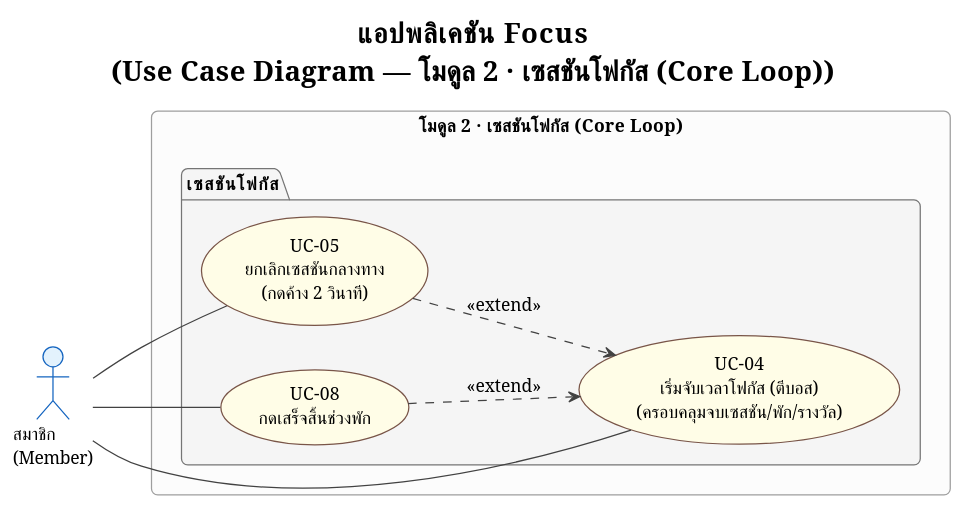
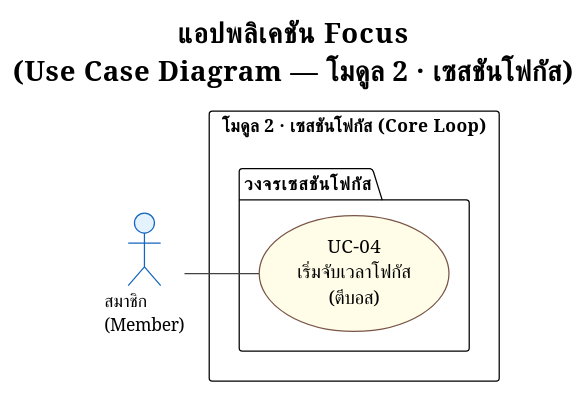
The diagram in proposal/usecase/usecase_module2.puml (popotaroman-cloud/dssiprj-pad), drawn with PlantUML before and after one commit. The commit also changed other lines of this file and 23 other files, not shown here.

Commit message:
แก้ usecase_description,usecase_activity,usecase_diagram,usecase_description,ui_state_diadgram

```diff
--- a/proposal/usecase/usecase_module2.puml
+++ b/proposal/usecase/usecase_module2.puml
@@ -5,47 +2,32 @@
 @startuml usecase_module2
 !theme plain
 skinparam defaultFontName TH Sarabun New
 skinparam defaultFontSize 14
-skinparam roundcorner 10
 
 skinparam usecase {
   BackgroundColor #FFFDE7
   BorderColor #795548
+  FontName TH Sarabun New
+  FontSize 15
 }
 skinparam actor {
   BackgroundColor #E3F2FD
   BorderColor #1565C0
 }
-skinparam package {
-  BackgroundColor #F5F5F5
-  BorderColor #757575
-  FontStyle bold
-}
-skinparam rectangle {
-  BackgroundColor #FCFCFC
-  BorderColor #9E9E9E
-}
 skinparam ArrowColor #424242
 
-title <b>แอปพลิเคชัน Focus</b>\n(Use Case Diagram — โมดูล 2 · เซสชันโฟกัส (Core Loop))
+title <b>แอปพลิเคชัน Focus</b>\n(Use Case Diagram — โมดูล 2 · เซสชันโฟกัส)
 
 left to right direction
 
 actor "สมาชิก\n(Member)" as Member
 
 rectangle "โมดูล 2 · เซสชันโฟกัส (Core Loop)" {
-  package "เซสชันโฟกัส" {
-    usecase "UC-04\nเริ่มจับเวลาโฟกัส (ตีบอส)\n(ครอบคลุมจบเซสชัน/พัก/รางวัล)" as UC04
-    usecase "UC-05\nยกเลิกเซสชันกลางทาง\n(กดค้าง 2 วินาที)" as UC05
-    usecase "UC-08\nกดเสร็จสิ้นช่วงพัก" as UC08
+  package "วงจรเซสชันโฟกัส" {
+    usecase "UC-04\nเริ่มจับเวลาโฟกัส\n(ตีบอส)" as UC04
   }
 }
 
 Member -- UC04
-Member -- UC05
-Member -- UC08
-
-UC05 ..> UC04 : <<extend>>
-UC08 ..> UC04 : <<extend>>
 
 @enduml
```
